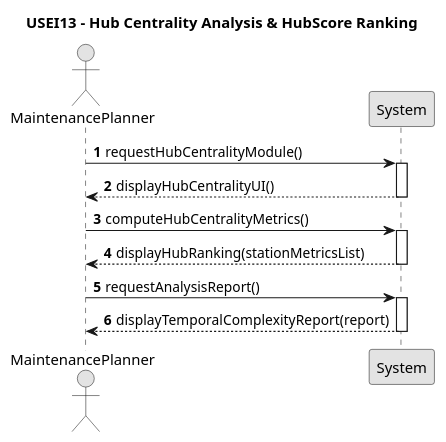
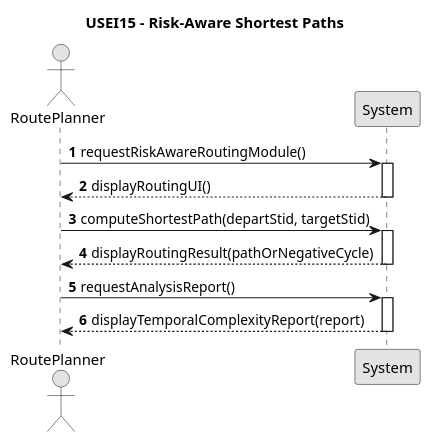
Before and after one commit to Departamento-de-Engenharia-Informatica/sem3-pi-25-26-g023-repo: the diagram in src/doc/ESINF/USEI15/01.requirements-engineering/puml/USEI15-SSD.puml, drawn with PlantUML. The commit also changed 1 other file, not shown here.

Commit message:
USEI15 - SSD SVG added

```diff
--- a/src/doc/ESINF/USEI15/01.requirements-engineering/puml/USEI15-SSD.puml
+++ b/src/doc/ESINF/USEI15/01.requirements-engineering/puml/USEI15-SSD.puml
@@ -1,29 +1,29 @@
 @startuml
 
-title USEI13 - Hub Centrality Analysis & HubScore Ranking
+title USEI15 - Risk-Aware Shortest Paths
 
 skinparam monochrome true
 skinparam packageStyle rectangle
 skinparam shadowing false
 
 autonumber
 
-actor MaintenancePlanner
+actor RoutePlanner
 participant System
 
-MaintenancePlanner -> System: requestHubCentralityModule()
+RoutePlanner -> System: requestRiskAwareRoutingModule()
 activate System
-    System --> MaintenancePlanner: displayHubCentralityUI()
+    System --> RoutePlanner: displayRoutingUI()
 deactivate System
 
-MaintenancePlanner -> System: computeHubCentralityMetrics()
+RoutePlanner -> System: computeShortestPath(departStid, targetStid)
 activate System
-    System --> MaintenancePlanner: displayHubRanking(stationMetricsList)
+    System --> RoutePlanner: displayRoutingResult(pathOrNegativeCycle)
 deactivate System
 
-MaintenancePlanner -> System: requestAnalysisReport()
+RoutePlanner -> System: requestAnalysisReport()
 activate System
-    System --> MaintenancePlanner: displayTemporalComplexityReport(report)
+    System --> RoutePlanner: displayTemporalComplexityReport(report)
 deactivate System
 
 @enduml
```
